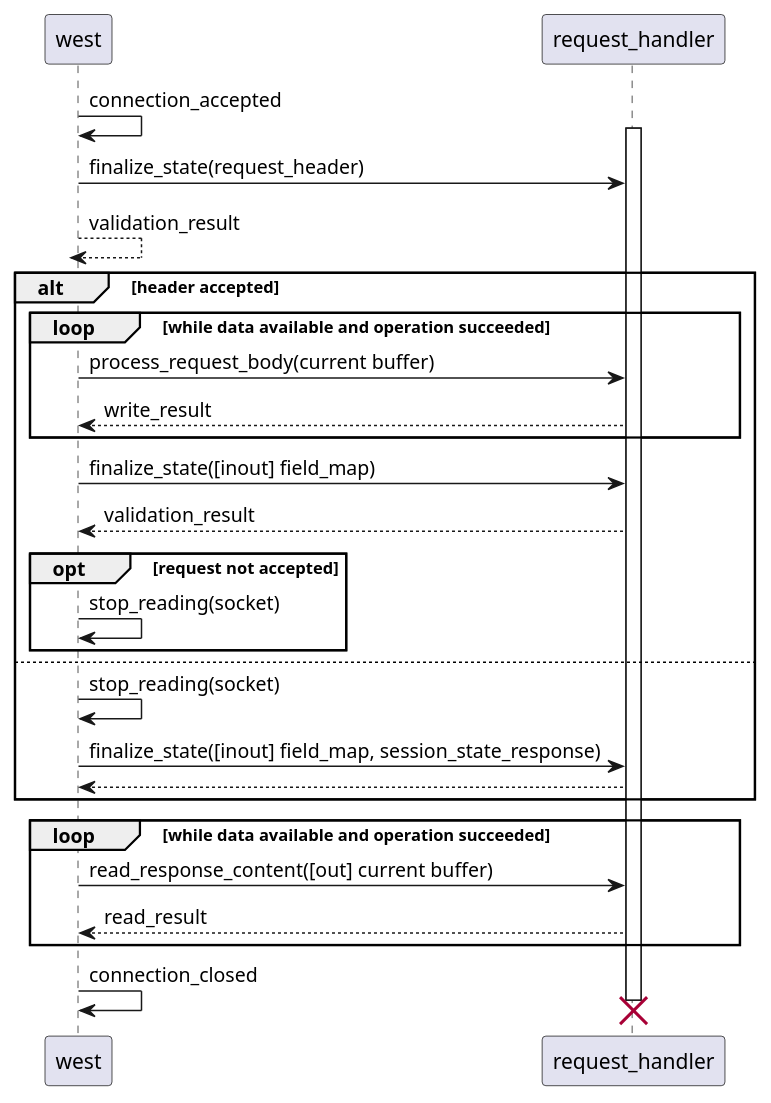
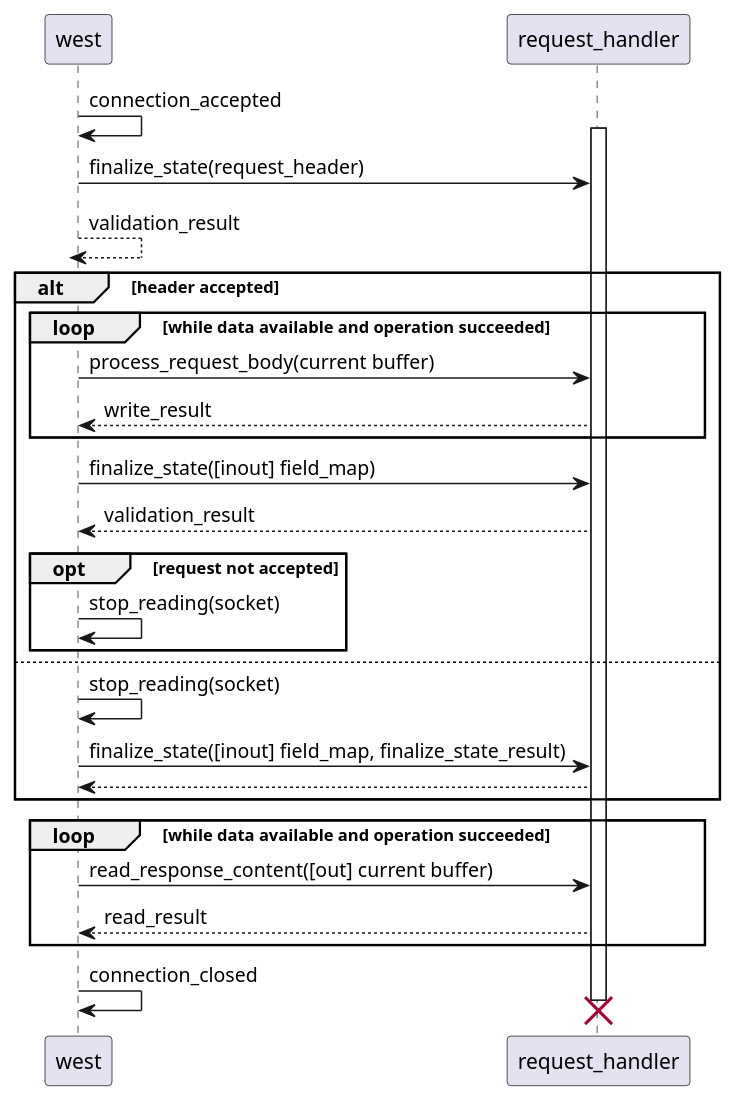
One commit to milasudril/west changed the diagram in doc/request_handling.puml. Above: the diagram before and after it, drawn with PlantUML. The commit also changed 2 other files, not shown here.

Commit message:
Pass finlize_state_result to overload for finalize_state

```diff
--- a/doc/request_handling.puml
+++ b/doc/request_handling.puml
@@ -1,27 +1,27 @@
 @startuml
 west -> west:connection_accepted
 activate request_handler
 west -> request_handler:finalize_state(request_header)
 return validation_result
 alt header accepted
 	loop while data available and operation succeeded
 		west -> request_handler:process_request_body(current buffer)
 		return write_result
 	end
 	west -> request_handler:finalize_state([inout] field_map)
 	return validation_result
 	opt request not accepted
 		west -> west:stop_reading(socket)
 	end
 else
 	west -> west:stop_reading(socket)
-	west -> request_handler:finalize_state([inout] field_map, session_state_response)
+	west -> request_handler:finalize_state([inout] field_map, finalize_state_result)
 	return
 end
 loop while data available and operation succeeded
 	west -> request_handler:read_response_content([out] current buffer)
 	return read_result
 end
 west -> west:connection_closed
 destroy request_handler
 @enduml
```
